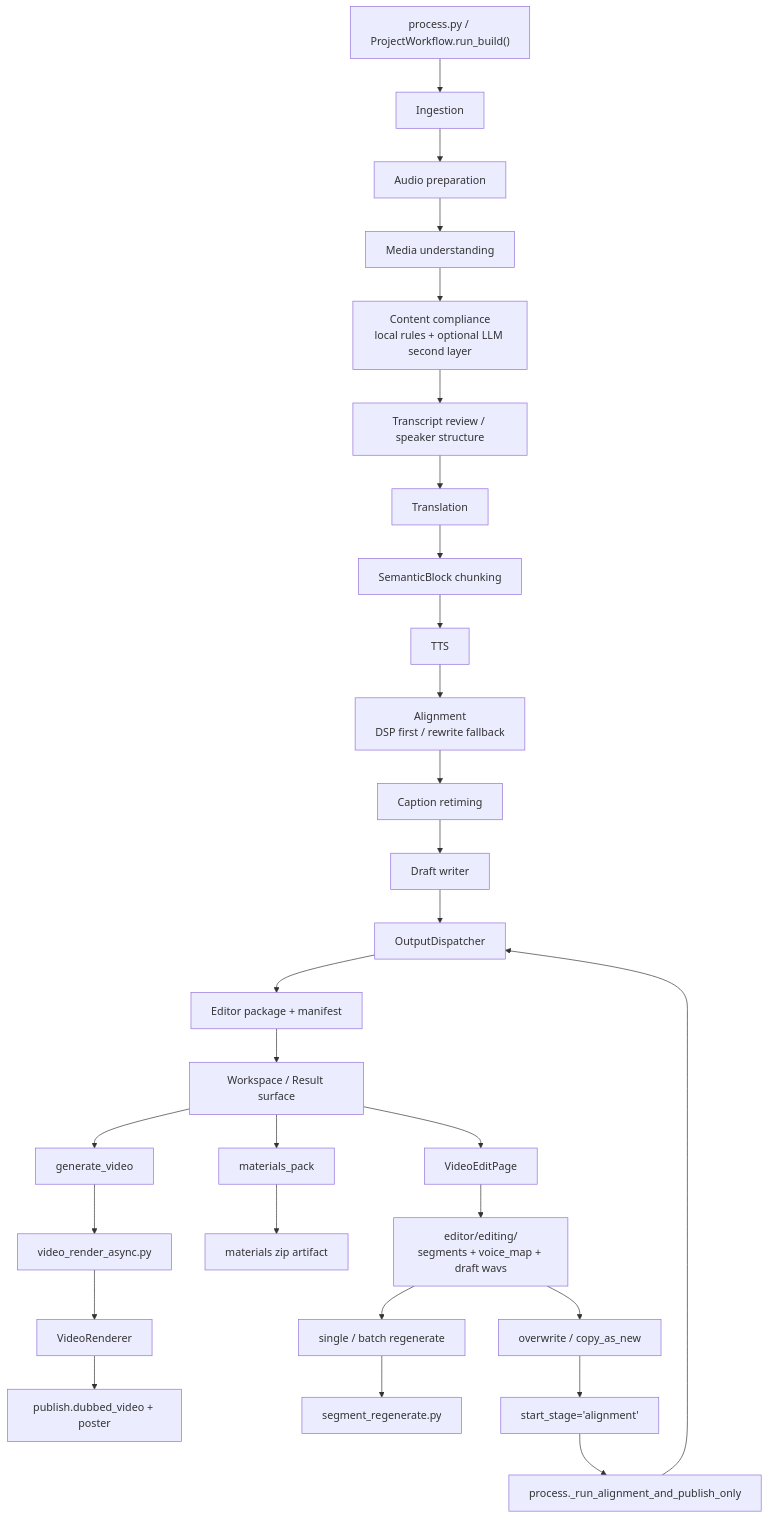
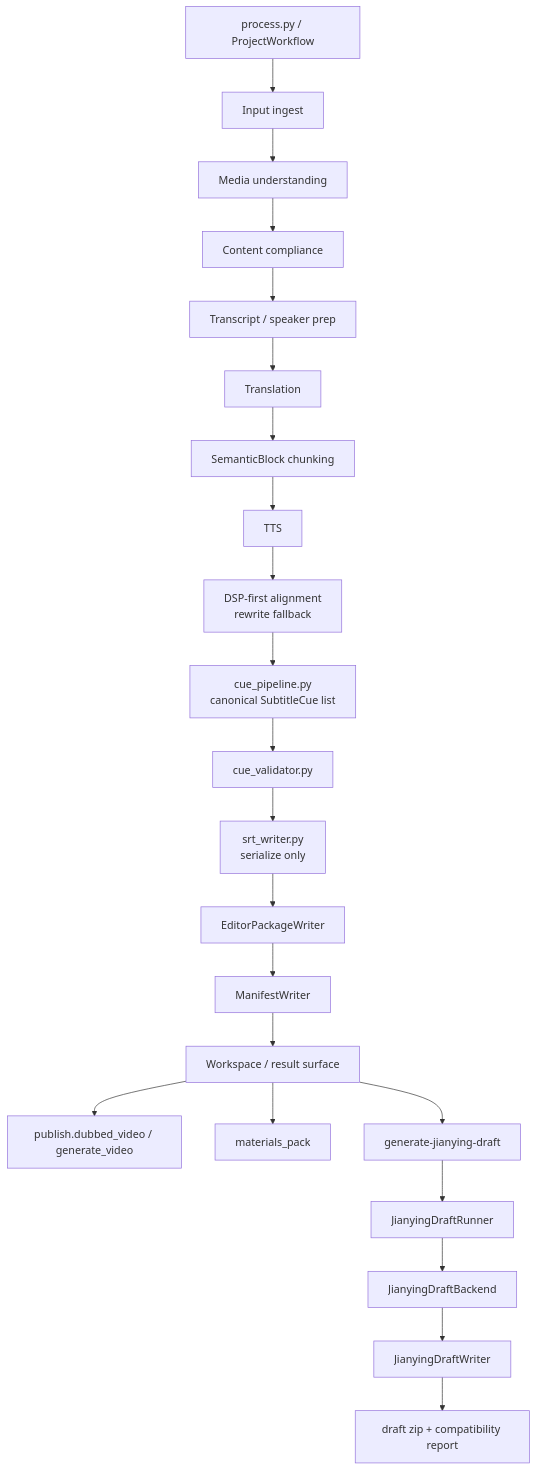
One commit to sun9bear/AITransVideo changed the diagram in docs/graphs/GITNEXUS_WORKFLOW_CORE_GRAPH.md. Above: the diagram before and after it, drawn with Mermaid. The commit also changed other lines of this file and 7 other files, not shown here.

Commit message:
docs(graphs): refresh GitNexus graphs to 83f4ddd

````diff
--- a/docs/graphs/GITNEXUS_WORKFLOW_CORE_GRAPH.md
+++ b/docs/graphs/GITNEXUS_WORKFLOW_CORE_GRAPH.md
@@ -18,35 +15,28 @@
 ```mermaid
 graph TD
-    Entry["process.py / ProjectWorkflow.run_build()"] --> Ingestion["Ingestion"]
-    Ingestion --> AudioPrep["Audio preparation"]
-    AudioPrep --> Media["Media understanding"]
-    Media --> Compliance["Content compliance<br/>local rules + optional LLM second layer"]
-    Compliance --> TranscriptReview["Transcript review / speaker structure"]
-    TranscriptReview --> Translation["Translation"]
-    Translation --> Chunking["SemanticBlock chunking"]
-    Chunking --> TTS["TTS"]
-    TTS --> Alignment["Alignment<br/>DSP first / rewrite fallback"]
-    Alignment --> Retiming["Caption retiming"]
-    Retiming --> Draft["Draft writer"]
-    Draft --> Dispatcher["OutputDispatcher"]
-    Dispatcher --> Editor["Editor package + manifest"]
+    Entry["process.py / ProjectWorkflow"] --> Ingestion["Input ingest"]
+    Ingestion --> Media["Media understanding"]
+    Media --> Compliance["Content compliance"]
+    Compliance --> Transcript["Transcript / speaker prep"]
+    Transcript --> Translation["Translation"]
+    Translation --> Blocks["SemanticBlock chunking"]
+    Blocks --> TTS["TTS"]
+    TTS --> Alignment["DSP-first alignment<br/>rewrite fallback"]
 
-    Editor --> Workspace["Workspace / Result surface"]
-    Workspace --> PackTask["materials_pack"]
-    Workspace --> VideoTask["generate_video"]
-    Workspace --> EditPage["VideoEditPage"]
+    Alignment --> CueV2["cue_pipeline.py<br/>canonical SubtitleCue list"]
+    CueV2 --> Validator["cue_validator.py"]
+    Validator --> SRT["srt_writer.py<br/>serialize only"]
 
-    VideoTask --> RenderAsync["video_render_async.py"]
-    RenderAsync --> Renderer["VideoRenderer"]
-    Renderer --> PublishVideo["publish.dubbed_video + poster"]
+    SRT --> Editor["EditorPackageWriter"]
+    Editor --> Manifest["ManifestWriter"]
+    Manifest --> Result["Workspace / result surface"]
 
-    PackTask --> PackZip["materials zip artifact"]
+    Result --> PublishTask["publish.dubbed_video / generate_video"]
+    Result --> PackTask["materials_pack"]
+    Result --> JDraftTask["generate-jianying-draft"]
 
-    EditPage --> Editing["editor/editing/<br/>segments + voice_map + draft wavs"]
-    Editing --> SingleRegen["single / batch regenerate"]
-    SingleRegen --> SegmentRegen["segment_regenerate.py"]
-    Editing --> Commit["overwrite / copy_as_new"]
-    Commit --> Resume["start_stage='alignment'"]
-    Resume --> AlignmentOnly["process._run_alignment_and_publish_only"]
-    AlignmentOnly --> Dispatcher
+    JDraftTask --> JRunner["JianyingDraftRunner"]
+    JRunner --> JBackend["JianyingDraftBackend"]
+    JBackend --> JWriter["JianyingDraftWriter"]
+    JWriter --> JZip["draft zip + compatibility report"]
 ```
````
